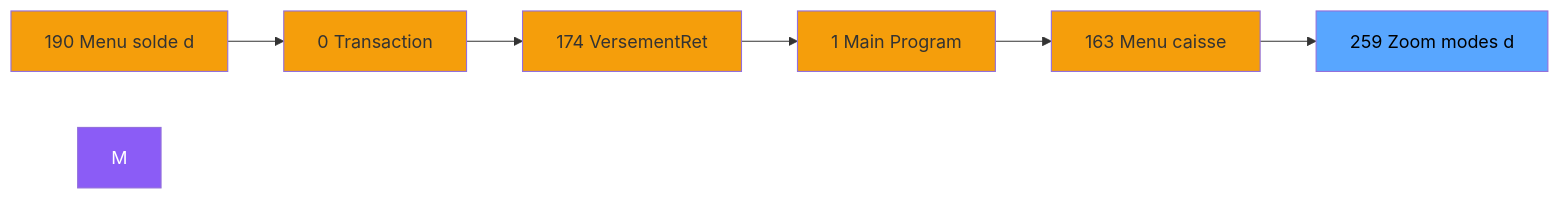
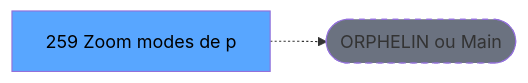
Before and after one commit to thonyAGP/lecteur-magic: the second of 3 diagrams in .openspec/specs/ADH-IDE-259.md, drawn with Mermaid. The commit also changed other lines of this file and 701 other files, not shown here.

````diff
--- a/.openspec/specs/ADH-IDE-259.md
+++ b/.openspec/specs/ADH-IDE-259.md
@@ -116,21 +117,8 @@
 ```mermaid
 graph LR
-    N190[190 Menu solde d]
-    N0[0 Transaction ]
-    N174[174 VersementRet]
-    N1[1 Main Program]
-    N163[163 Menu caisse ]
-    T[259 Zoom modes d]
-    N190 --> N0
-    N0 --> N174
-    N174 --> N1
-    N1 --> N163
-    N163 --> T
-    style M fill:#8b5cf6,color:#fff
-    style N190 fill:#f59e0b
-    style N0 fill:#f59e0b
-    style N174 fill:#f59e0b
-    style N1 fill:#f59e0b
-    style N163 fill:#f59e0b
+    T[259 Zoom modes de p]
+    ORPHAN([ORPHELIN ou Main])
+    T -.-> ORPHAN
     style T fill:#58a6ff,color:#000
+    style ORPHAN fill:#6b7280,stroke-dasharray: 5 5
 ```
````
